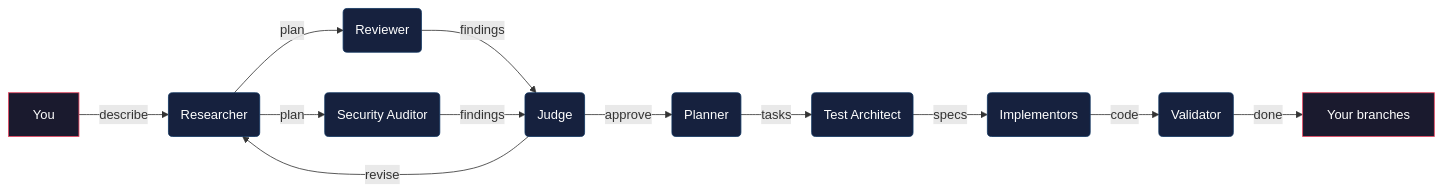
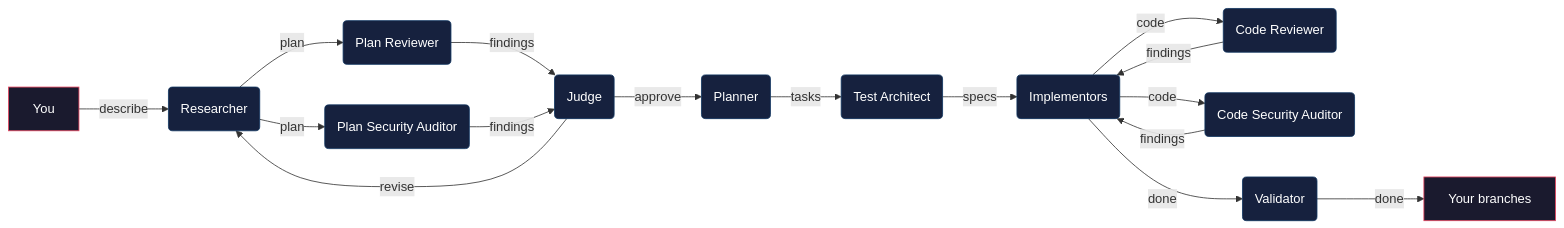
One commit to usekora/kora changed the first of 2 diagrams in README.md. Above: the diagram before and after it, drawn with Mermaid. The commit also changed other lines of this file and 15 other files, not shown here.

First line of the commit message:
feat: add code reviewer + code security auditor agents (10 agents total)

````diff
--- a/README.md
+++ b/README.md
@@ -35,25 +35,31 @@
 ```mermaid
 graph LR
     A[You] -->|describe| B(Researcher)
-    B -->|plan| C(Reviewer)
-    B -->|plan| D(Security Auditor)
+    B -->|plan| C(Plan Reviewer)
+    B -->|plan| D(Plan Security Auditor)
     C -->|findings| E(Judge)
     D -->|findings| E
     E -->|revise| B
     E -->|approve| F(Planner)
     F -->|tasks| G(Test Architect)
     G -->|specs| H(Implementors)
-    H -->|code| I(Validator)
-    I -->|done| J[Your branches]
+    H -->|code| I(Code Reviewer)
+    H -->|code| K(Code Security Auditor)
+    I -->|findings| H
+    K -->|findings| H
+    H -->|done| J(Validator)
+    J -->|done| L[Your branches]
 
     style A fill:#1a1a2e,stroke:#e94560,color:#fff
     style B fill:#16213e,stroke:#0f3460,color:#fff
     style C fill:#16213e,stroke:#0f3460,color:#fff
     style D fill:#16213e,stroke:#0f3460,color:#fff
     style E fill:#16213e,stroke:#0f3460,color:#fff
     style F fill:#16213e,stroke:#0f3460,color:#fff
     style G fill:#16213e,stroke:#0f3460,color:#fff
     style H fill:#16213e,stroke:#0f3460,color:#fff
     style I fill:#16213e,stroke:#0f3460,color:#fff
-    style J fill:#1a1a2e,stroke:#e94560,color:#fff
+    style J fill:#16213e,stroke:#0f3460,color:#fff
+    style K fill:#16213e,stroke:#0f3460,color:#fff
+    style L fill:#1a1a2e,stroke:#e94560,color:#fff
 ```
````
